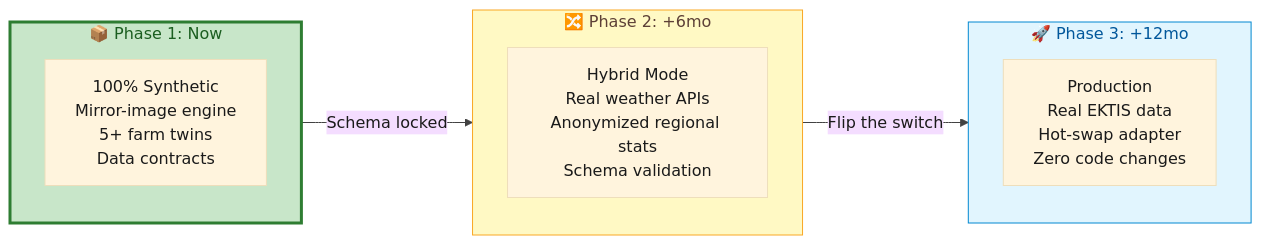
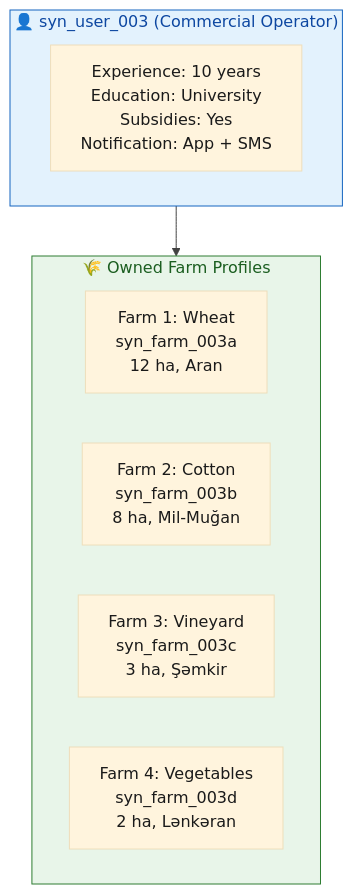
Before and after one commit to Px8Studio/yonja: the ninth of 9 diagrams in docs/zekalab/02-SYNTHETIC-DATA-ENGINE.md, drawn with Mermaid. The commit also changed other lines of this file and 3 other files, not shown here.

Commit message:
Refactor UI/UX documentation to enhance clarity, including new navigation tab for AI Assistant and detailed design principles for user and farm profiles.

````diff
--- a/docs/zekalab/02-SYNTHETIC-DATA-ENGINE.md
+++ b/docs/zekalab/02-SYNTHETIC-DATA-ENGINE.md
@@ -501,21 +318,19 @@
 ```mermaid
 %%{init: {'theme': 'base', 'themeVariables': { 'primaryTextColor': '#1a1a1a', 'lineColor': '#424242'}}}%%
-flowchart LR
-    subgraph phase1["📦 Phase 1: Now"]
-        p1["100% Synthetic<br/>Mirror-image engine<br/>5+ farm twins<br/>Data contracts"]
+graph TB
+    subgraph user["👤 syn_user_003 (Commercial Operator)"]
+        profile["Experience: 10 years<br/>Education: University<br/>Subsidies: Yes<br/>Notification: App + SMS"]
     end
     
-    subgraph phase2["🔀 Phase 2: +6mo"]
-        p2["Hybrid Mode<br/>Real weather APIs<br/>Anonymized regional stats<br/>Schema validation"]
+    subgraph owned["🌾 Owned Farm Profiles"]
+        f1["Farm 1: Wheat<br/>syn_farm_003a<br/>12 ha, Aran"]
+        f2["Farm 2: Cotton<br/>syn_farm_003b<br/>8 ha, Mil-Muğan"]
+        f3["Farm 3: Vineyard<br/>syn_farm_003c<br/>3 ha, Şəmkir"]
+        f4["Farm 4: Vegetables<br/>syn_farm_003d<br/>2 ha, Lənkəran"]
     end
     
-    subgraph phase3["🚀 Phase 3: +12mo"]
-        p3["Production<br/>Real EKTIS data<br/>Hot-swap adapter<br/>Zero code changes"]
-    end
+    user --> owned
     
-    phase1 -->|"Schema locked"| phase2 -->|"Flip the switch"| phase3
-    
-    style phase1 fill:#c8e6c9,stroke:#2e7d32,stroke-width:3px,color:#1b5e20
-    style phase2 fill:#fff9c4,stroke:#f9a825,color:#5d4037
-    style phase3 fill:#e1f5fe,stroke:#0288d1,color:#01579b
+    style user fill:#e3f2fd,stroke:#1565c0,color:#0d47a1
+    style owned fill:#e8f5e9,stroke:#2e7d32,color:#1b5e20
 ```
````
